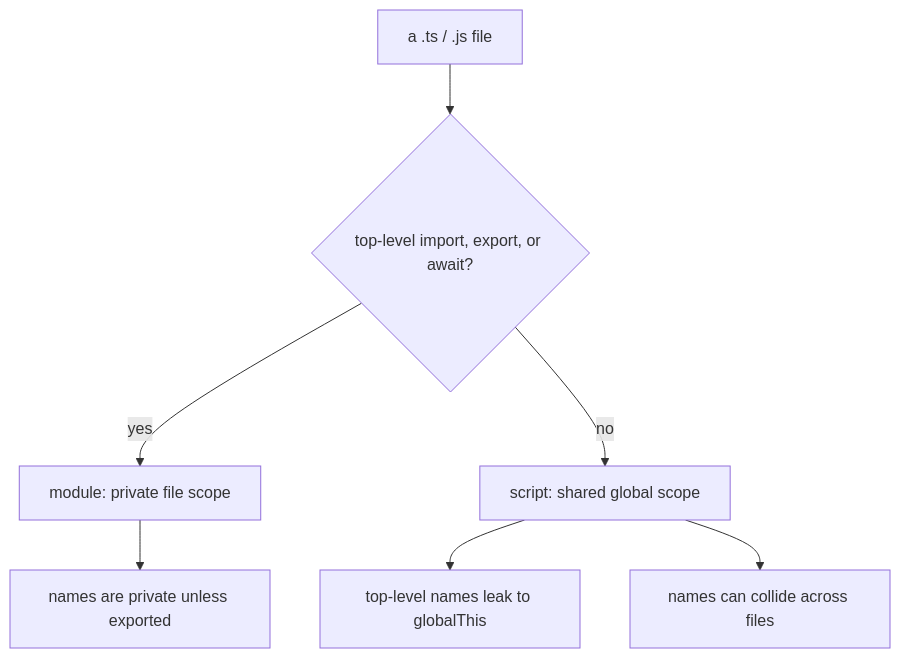
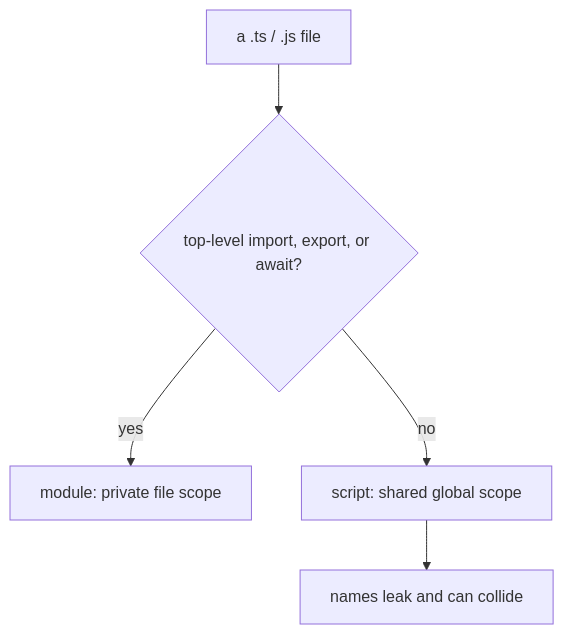
The diagram in docs/software-engineering/typescript/modules-vs-scripts.md (labeebahmad201/knowledge-base), drawn with Mermaid before and after one commit. The commit also changed other lines of this file, not shown here.

````diff
--- a/docs/software-engineering/typescript/modules-vs-scripts.md
+++ b/docs/software-engineering/typescript/modules-vs-scripts.md
@@ -55,9 +23,7 @@
 ```mermaid
 graph TD
   A["a .ts / .js file"] --> B{"top-level import, export, or await?"}
   B -->|"yes"| C["module: private file scope"]
   B -->|"no"| D["script: shared global scope"]
-  C --> E["names are private unless exported"]
-  D --> F["top-level names leak to globalThis"]
-  D --> G["names can collide across files"]
+  D --> E["names leak and can collide"]
 ```
````
